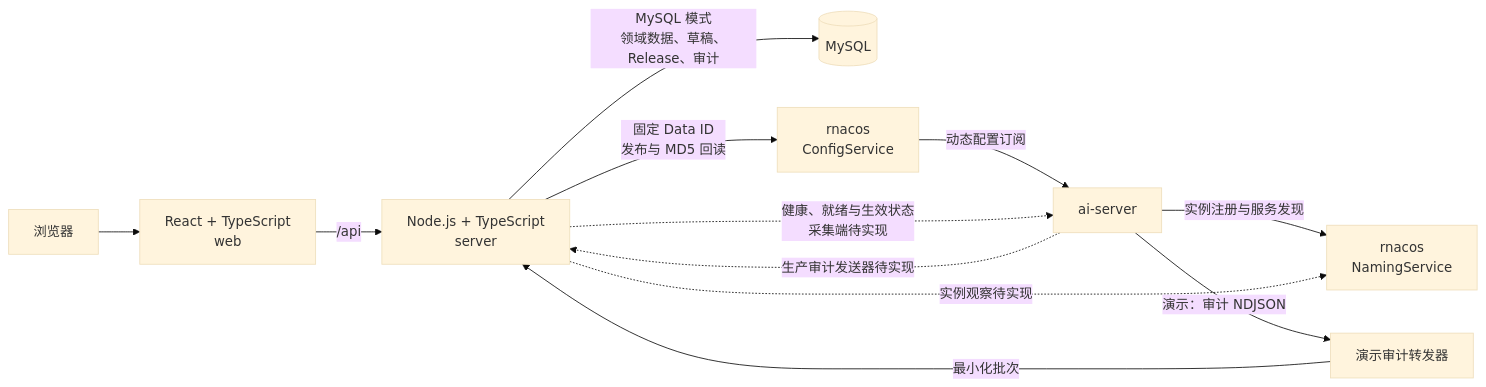
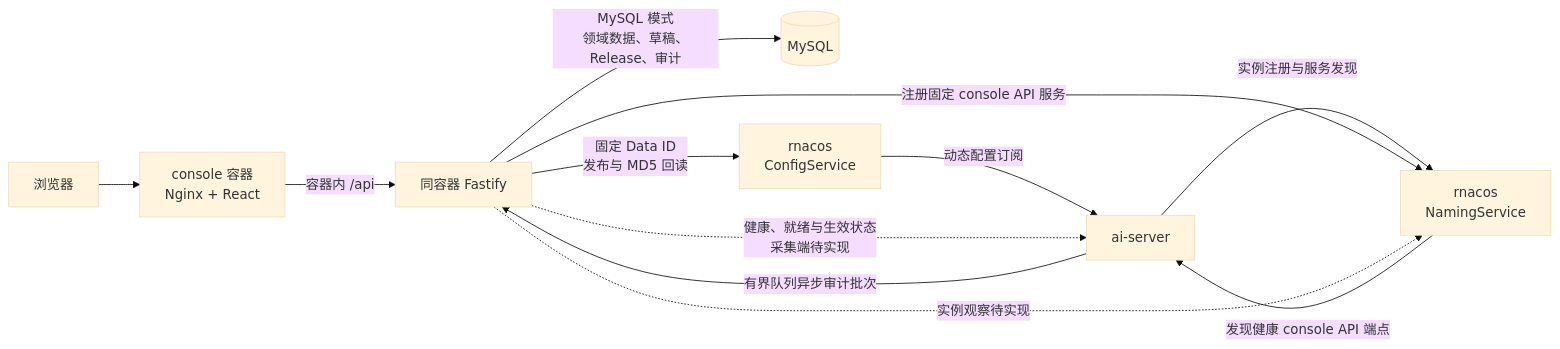
Before and after one commit to fiber-net-gateway/ai-gateway: the diagram in README.zh-CN.md, drawn with Mermaid (base theme). The commit also changed other lines of this file and 139 other files, not shown here.

First line of the commit message:
feat: integrate ai-server into console stack

````diff
--- a/README.zh-CN.md
+++ b/README.zh-CN.md
@@ -26,14 +26,14 @@
 ```mermaid
 flowchart LR
-    B[浏览器] --> W[React + TypeScript<br/>web]
-    W -->|/api| A[Node.js + TypeScript<br/>server]
+    B[浏览器] --> W[console 容器<br/>Nginx + React]
+    W -->|容器内 /api| A[同容器 Fastify]
     A -->|MySQL 模式<br/>领域数据、草稿、Release、审计| D[(MySQL)]
     A -->|固定 Data ID<br/>发布与 MD5 回读| C[rnacos<br/>ConfigService]
     C -->|动态配置订阅| S[ai-server]
     S -->|实例注册与服务发现| N[rnacos<br/>NamingService]
-    S -->|演示：审计 NDJSON| F[演示审计转发器]
-    F -->|最小化批次| A
-    S -.->|生产审计发送器待实现| A
+    A -->|注册固定 console API 服务| N
+    N -->|发现健康 console API 端点| S
+    S -->|有界队列异步审计批次| A
     A -.->|健康、就绪与生效状态<br/>采集端待实现| S
     A -.->|实例观察待实现| N
 ```
````
